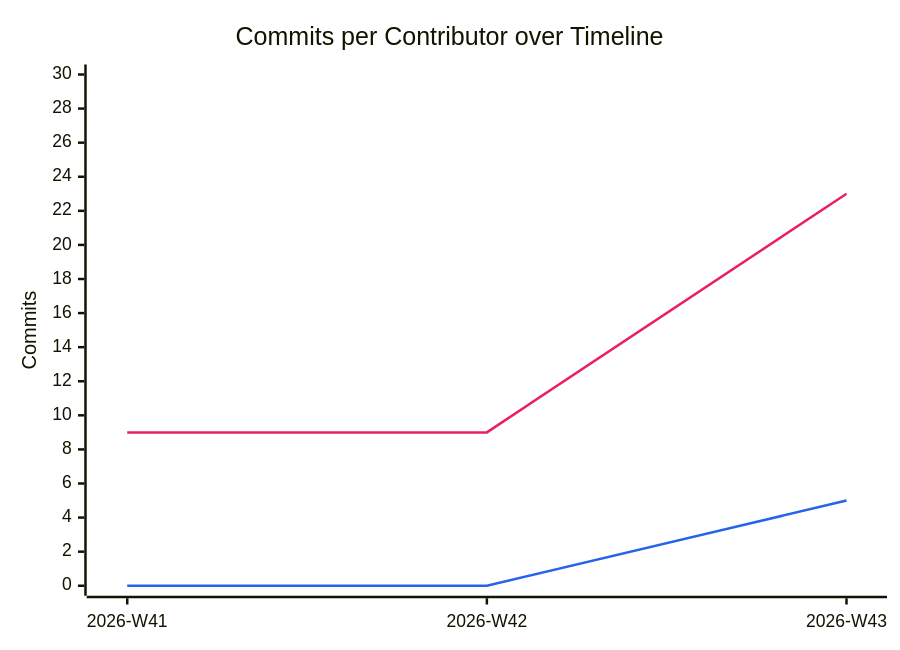
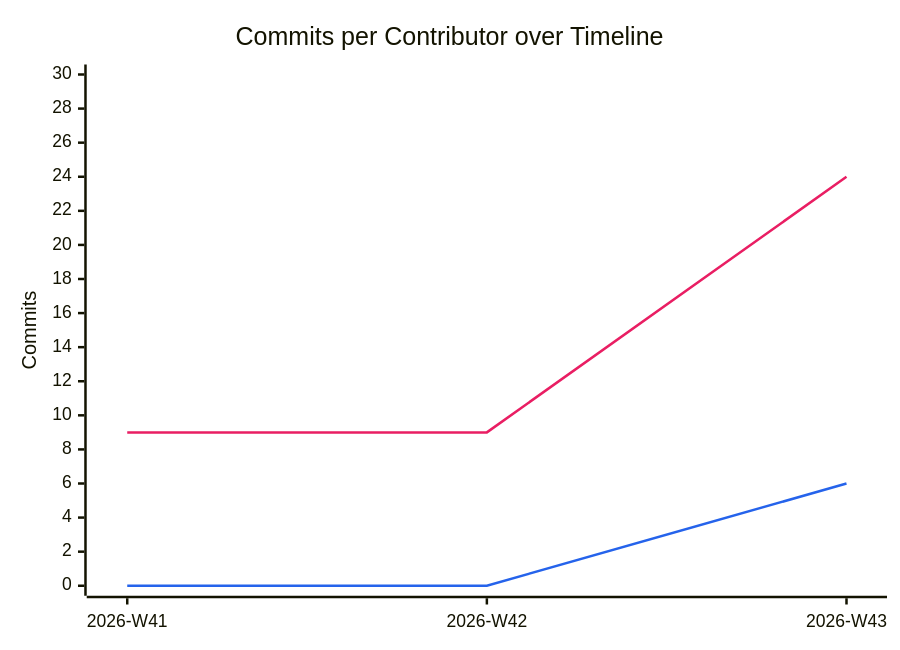
The diagram in documentation/snippets/management/commit-velocity.mmd (BeyondMagic/swe-template), drawn with Mermaid before and after one commit. The commit also changed 2 other files, not shown here.

```diff
--- a/documentation/snippets/management/commit-velocity.mmd
+++ b/documentation/snippets/management/commit-velocity.mmd
@@ -1,7 +1,7 @@
 %%{init: {"themeVariables": {"xyChart": {"plotColorPalette": "#e91e63, #2563eb"}}}}%%
 xychart-beta
     title "Commits per Contributor over Timeline"
     x-axis ["2026-W41", "2026-W42", "2026-W43"]
     y-axis "Commits" 0 --> 30
-    line [9, 9, 23]
-    line [0, 0, 5]
+    line [9, 9, 24]
+    line [0, 0, 6]
```
